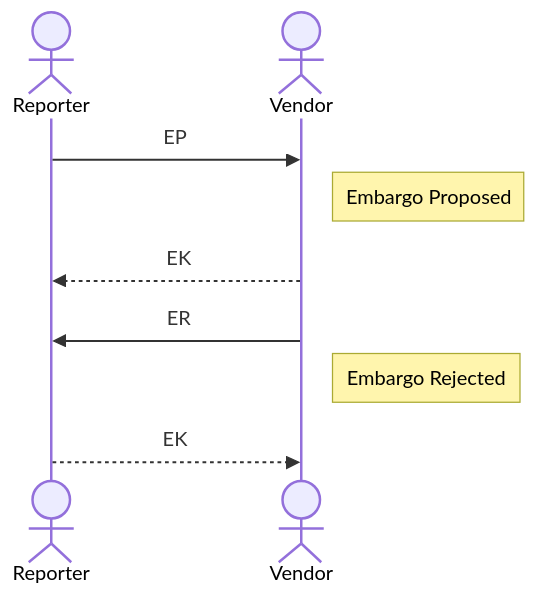
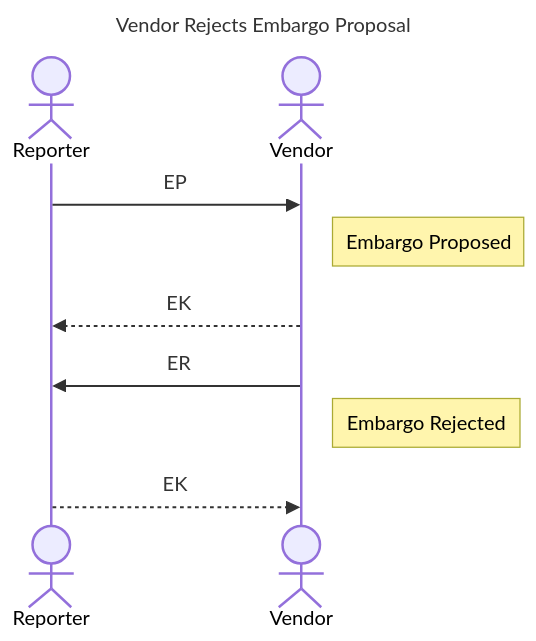
One commit to CERTCC/Vultron changed the fourth of 13 diagrams in docs/tutorials/worked_example.md. Above: the diagram before and after it, drawn with Mermaid. The commit also changed other lines of this file, not shown here.

First line of the commit message:
docs: add mermaid title: headers to worked_example.md diagrams

````diff
--- a/docs/tutorials/worked_example.md
+++ b/docs/tutorials/worked_example.md
@@ -78,12 +87,15 @@
 ```mermaid
+---
+title: Vendor Rejects Embargo Proposal
+---
 sequenceDiagram
     actor Reporter
     actor Vendor
 
     Reporter ->> Vendor: EP
     note right of Vendor: Embargo Proposed
     Vendor -->> Reporter: EK
     Vendor ->> Reporter: ER
     note right of Vendor: Embargo Rejected
     Reporter -->> Vendor: EK
 ```
````
